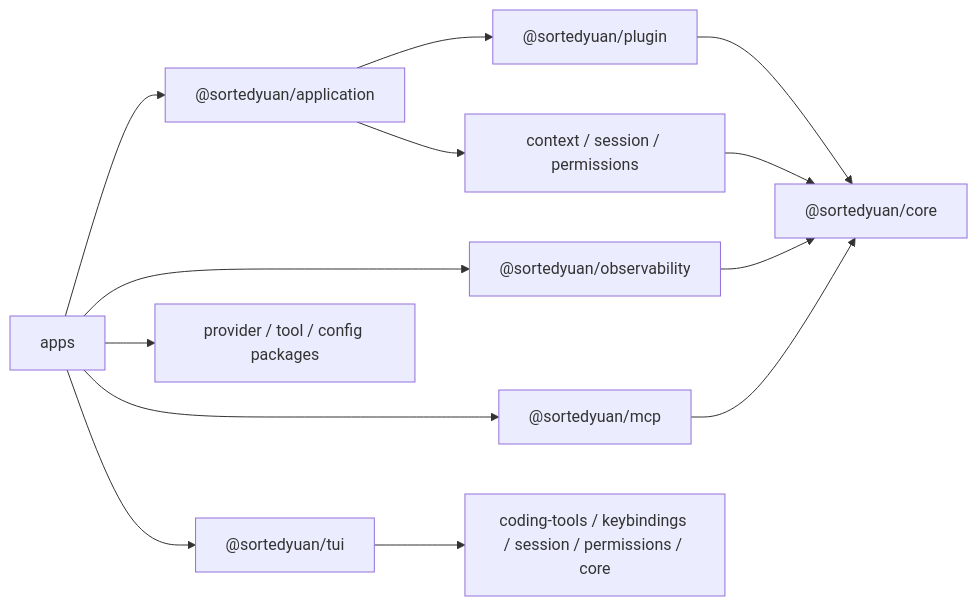
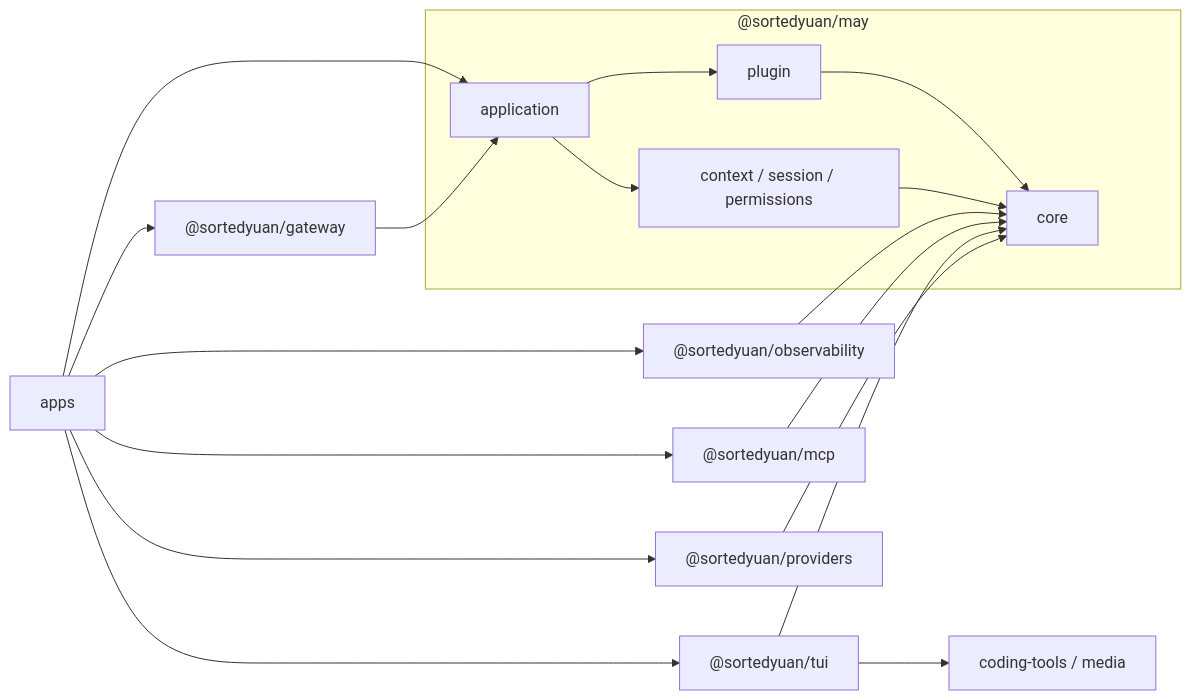
Before and after one commit to qiuyaodawo/May: the second of 2 diagrams in docs/en/architecture/runtime-session.md, drawn with Mermaid. The commit also changed other lines of this file and 1048 other files, not shown here.

````diff
--- a/docs/en/architecture/runtime-session.md
+++ b/docs/en/architecture/runtime-session.md
@@ -41,15 +43,21 @@
 ```mermaid
 flowchart LR
-  Apps[apps] --> Application["@sortedyuan/application"]
-  Application --> Plugin["@sortedyuan/plugin"]
-  Application --> Components[context / session / permissions]
-  Plugin --> Core["@sortedyuan/core"]
-  Components --> Core
+  subgraph May["@sortedyuan/may"]
+    Application[application] --> Plugin[plugin]
+    Application --> Components[context / session / permissions]
+    Plugin --> Core[core]
+    Components --> Core
+  end
+  Apps[apps] --> Application
   Apps --> Observability["@sortedyuan/observability"]
   Observability --> Core
   Apps --> MCP["@sortedyuan/mcp"]
   MCP --> Core
   Apps --> TUI["@sortedyuan/tui"]
-  TUI --> Terminal[coding-tools / keybindings / session / permissions / core]
-  Apps --> Products[provider / tool / config packages]
+  TUI --> Core
+  TUI --> Terminal[coding-tools / media]
+  Apps --> Providers["@sortedyuan/providers"]
+  Providers --> Core
+  Apps --> Gateway["@sortedyuan/gateway"]
+  Gateway --> Application
 ```
````
